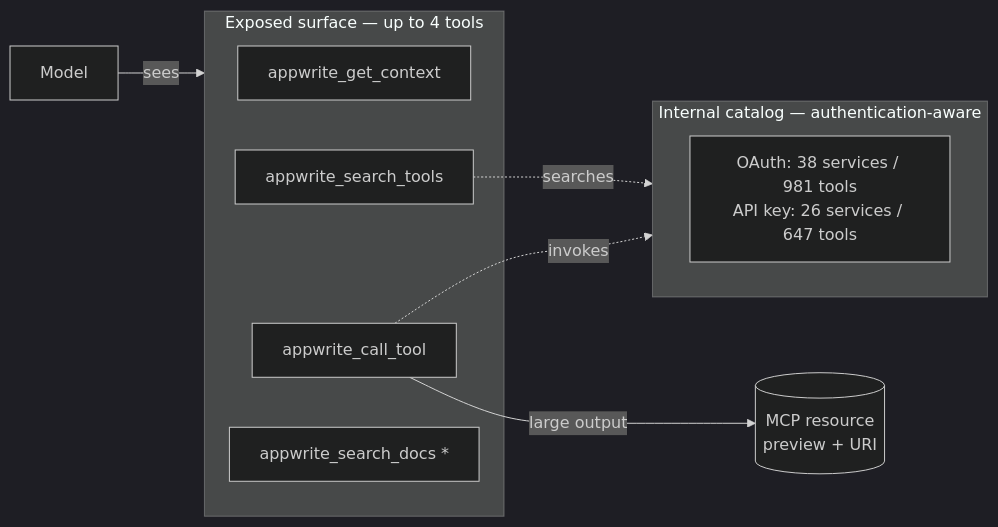
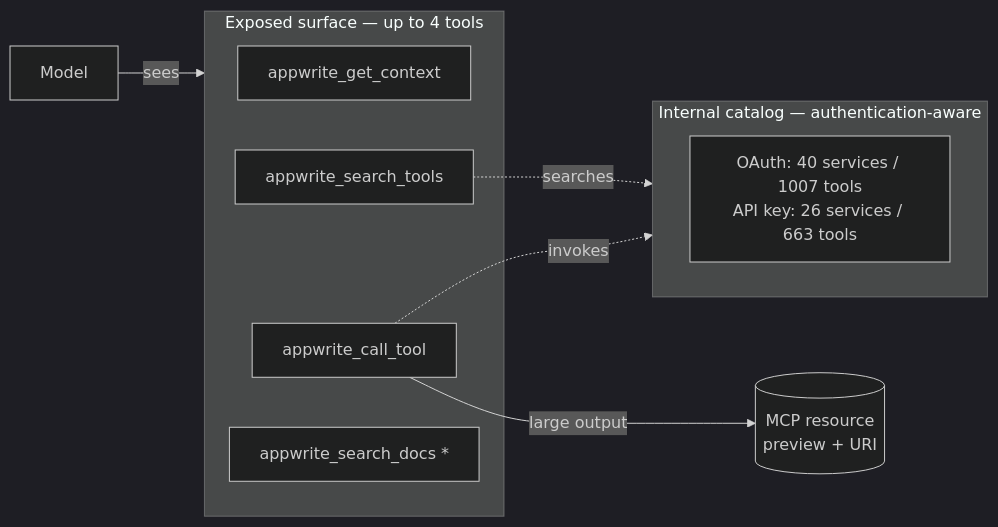
One commit to appwrite/mcp changed the diagram in docs/tool-surface.md. Above: the diagram before and after it, drawn with Mermaid (dark theme). The commit also changed other lines of this file and 7 other files, not shown here.

````diff
--- a/docs/tool-surface.md
+++ b/docs/tool-surface.md
@@ -7,21 +7,21 @@
 ```mermaid
 flowchart LR
     M[Model] -->|sees| E
 
     subgraph E[Exposed surface — up to 4 tools]
         C[appwrite_get_context]
         ST[appwrite_search_tools]
         CT[appwrite_call_tool]
         SD[appwrite_search_docs *]
     end
 
     ST -.searches.-> CAT
     CT -.invokes.-> CAT
 
     subgraph CAT[Internal catalog — authentication-aware]
         direction LR
-        K[OAuth: 38 services / 981 tools<br/>API key: 26 services / 647 tools]
+        K[OAuth: 40 services / 1007 tools<br/>API key: 26 services / 663 tools]
     end
 
     CT -->|large output| R[(MCP resource<br/>preview + URI)]
 ```
````
